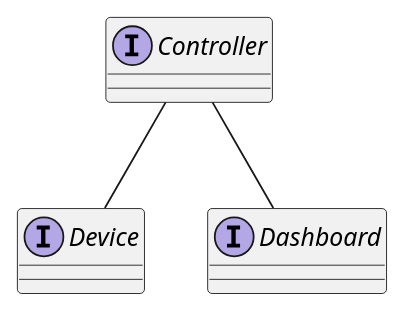
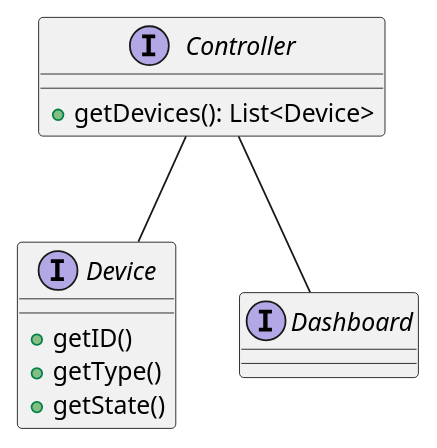
One commit to progetto-oop-22-23/OOP-report changed the diagram in uml/architecture.plantuml. Above: the diagram before and after it, drawn with PlantUML. The commit also changed 3 other files, not shown here.

Commit message:
[uml] update wip uml

```diff
--- a/uml/architecture.plantuml
+++ b/uml/architecture.plantuml
@@ -1,10 +1,16 @@
 @startuml
 
-interface Controller {}
-interface Device {}
+interface Controller {
+    + getDevices(): List<Device>
+}
+interface Device {
+    + getID()
+    + getType()
+    + getState()
+}
 interface Dashboard {}
 
 Controller -- Device
 Controller -- Dashboard
 
 @enduml
```
